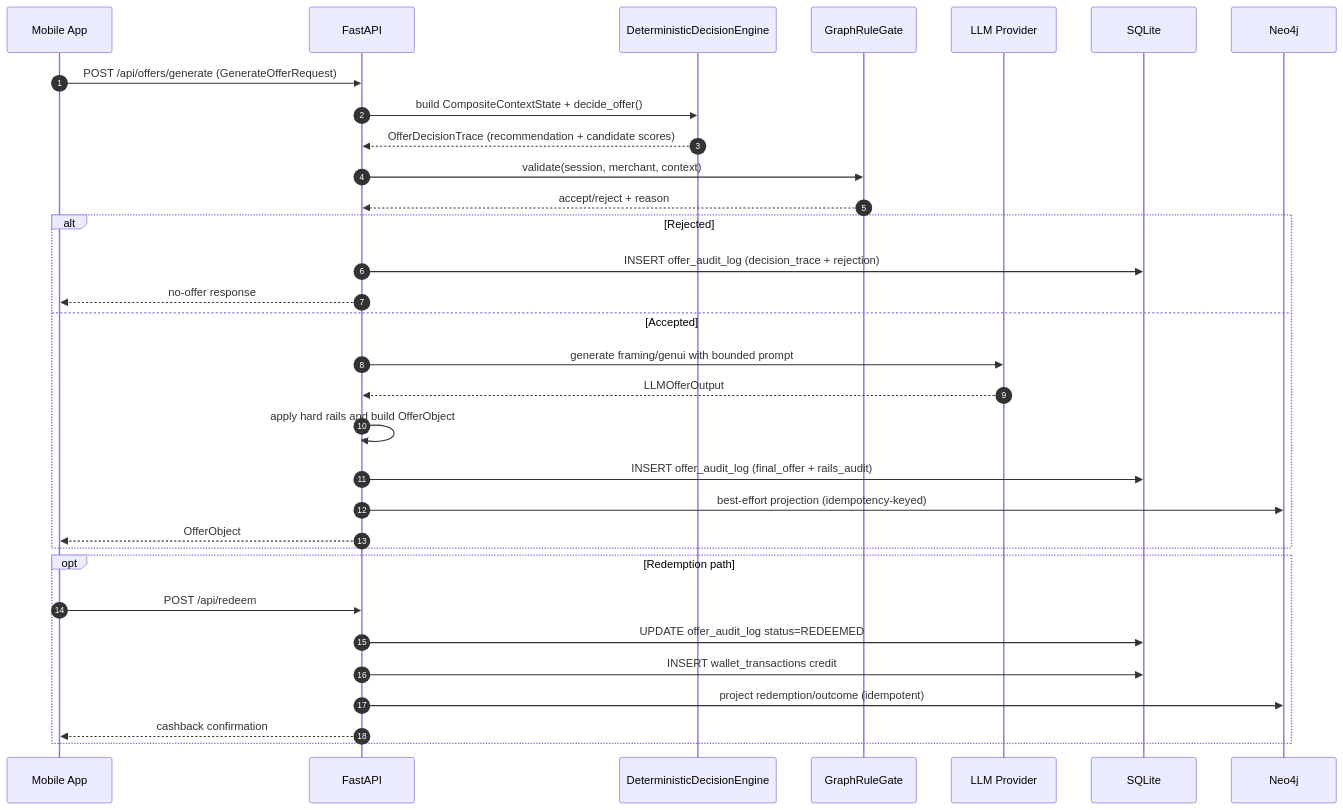
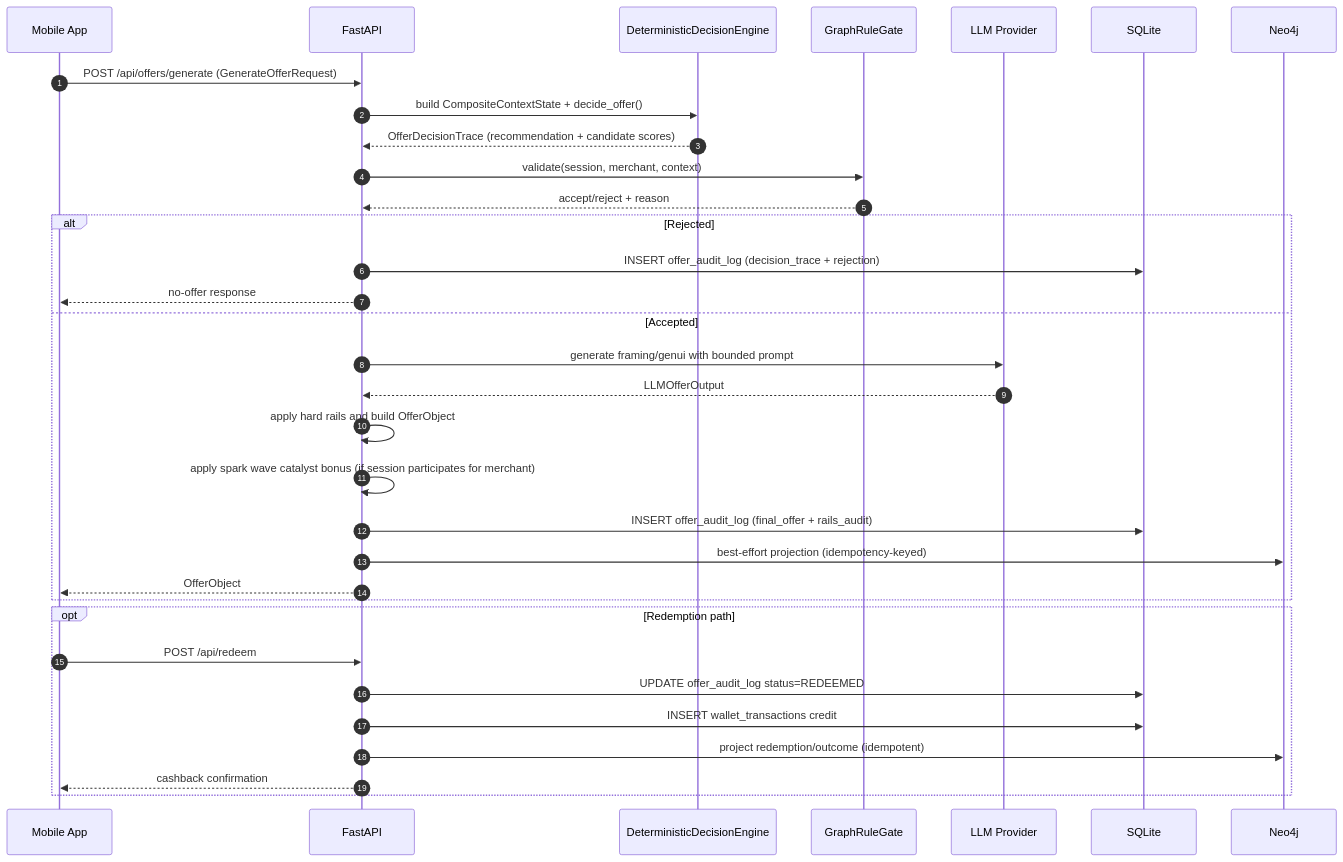
One commit to larsboes/Generative-City-Wallet changed the fourth of 4 diagrams in docs/DATA-MODEL.md. Above: the diagram before and after it, drawn with Mermaid. The commit also changed other lines of this file and 39 other files, not shown here.

````diff
--- a/docs/DATA-MODEL.md
+++ b/docs/DATA-MODEL.md
@@ -303,38 +323,39 @@
 ```mermaid
 sequenceDiagram
   autonumber
   participant Mobile as Mobile App
   participant API as FastAPI
   participant Decision as DeterministicDecisionEngine
   participant RuleGate as GraphRuleGate
   participant LLM as LLM Provider
   participant SQLite as SQLite
   participant Graph as Neo4j
 
   Mobile->>API: POST /api/offers/generate (GenerateOfferRequest)
   API->>Decision: build CompositeContextState + decide_offer()
   Decision-->>API: OfferDecisionTrace (recommendation + candidate scores)
 
   API->>RuleGate: validate(session, merchant, context)
   RuleGate-->>API: accept/reject + reason
 
   alt Rejected
     API->>SQLite: INSERT offer_audit_log (decision_trace + rejection)
     API-->>Mobile: no-offer response
   else Accepted
     API->>LLM: generate framing/genui with bounded prompt
     LLM-->>API: LLMOfferOutput
     API->>API: apply hard rails and build OfferObject
+    API->>API: apply spark wave catalyst bonus (if session participates for merchant)
     API->>SQLite: INSERT offer_audit_log (final_offer + rails_audit)
     API->>Graph: best-effort projection (idempotency-keyed)
     API-->>Mobile: OfferObject
   end
 
   opt Redemption path
     Mobile->>API: POST /api/redeem
     API->>SQLite: UPDATE offer_audit_log status=REDEEMED
     API->>SQLite: INSERT wallet_transactions credit
     API->>Graph: project redemption/outcome (idempotent)
     API-->>Mobile: cashback confirmation
   end
 ```
````
